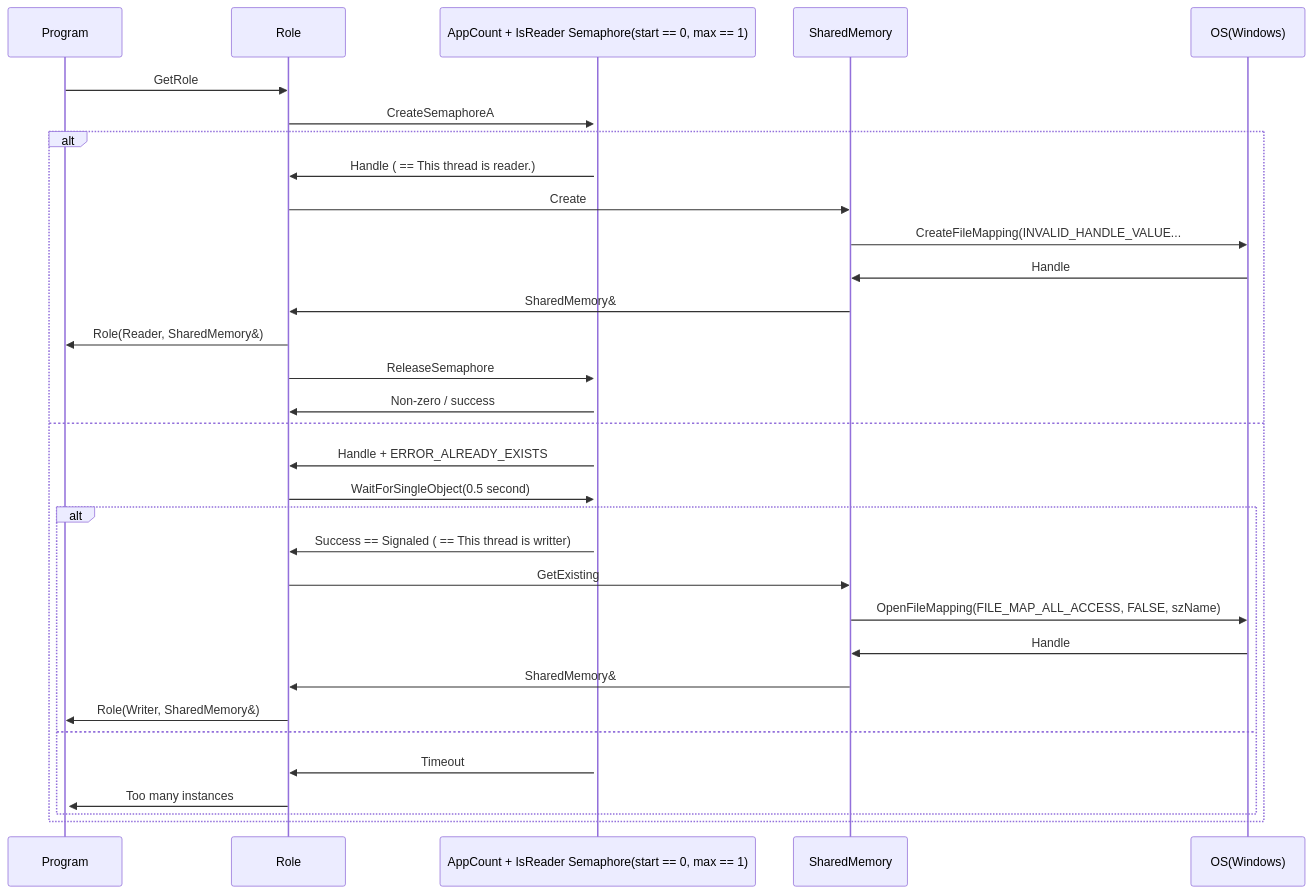
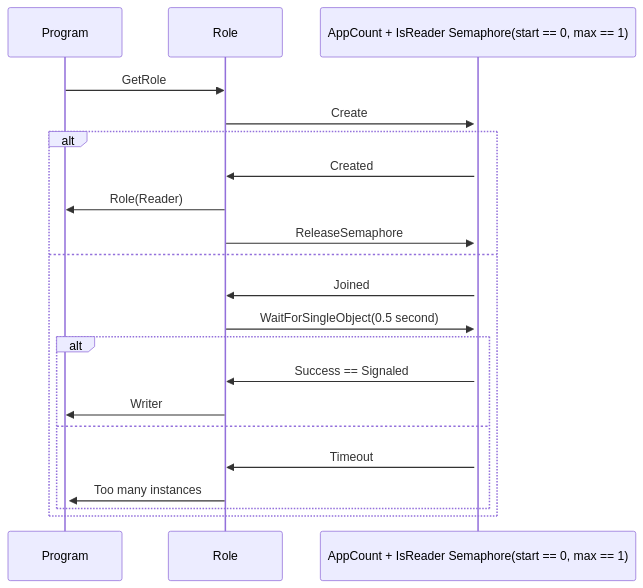
The second of 4 diagrams in README.md (tintera/MultiCopy), drawn with Mermaid before and after one commit. The commit also changed other lines of this file and 6 other files, not shown here.

````diff
--- a/README.md
+++ b/README.md
@@ -14,34 +34,23 @@
 ```mermaid
 sequenceDiagram
     participant Program
     participant Role
     participant AppCount as AppCount + IsReader Semaphore(start == 0, max == 1)
-    Participant SharedMemory
-    participant OS as OS(Windows)
     Program ->> Role: GetRole
-    Role ->>+ AppCount: CreateSemaphoreA 
+    Role ->>+ AppCount: Create
     alt
-        AppCount ->> Role: Handle ( == This thread is reader.)
-        Role ->> SharedMemory: Create
-        SharedMemory ->> OS: CreateFileMapping(INVALID_HANDLE_VALUE...
-        OS ->> SharedMemory : Handle
-        SharedMemory ->> Role: SharedMemory&
-        Role ->> Program: Role(Reader, SharedMemory&)
+        AppCount ->> Role: Created
+        Role ->> Program: Role(Reader)
         Role ->> AppCount: ReleaseSemaphore
-        AppCount ->> Role: Non-zero / success
     else
-        AppCount ->> Role: Handle + ERROR_ALREADY_EXISTS
+        AppCount ->> Role: Joined
         Role ->> AppCount: WaitForSingleObject(0.5 second)
         alt
-            AppCount ->> Role: Success == Signaled ( == This thread is writter)
-            Role ->> SharedMemory: GetExisting
-            SharedMemory ->> OS: OpenFileMapping(FILE_MAP_ALL_ACCESS, FALSE, szName);
-            OS ->> SharedMemory: Handle
-            SharedMemory ->> Role: SharedMemory&
-            Role ->> Program: Role(Writer, SharedMemory&)
+            AppCount ->> Role: Success == Signaled
+            Role ->> Program: Writer
         else
             AppCount ->> Role: Timeout
             Role ->>+ Program : Too many instances
         end
     end
 ```
````
